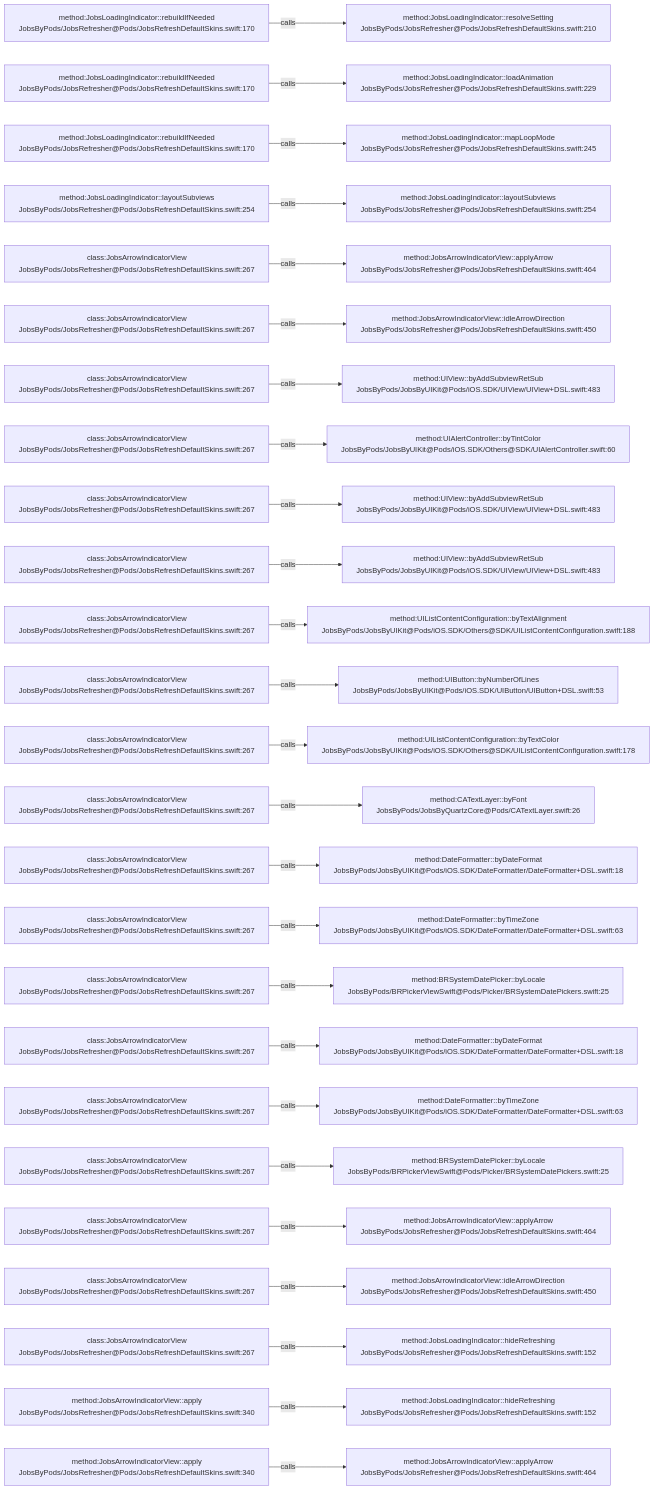
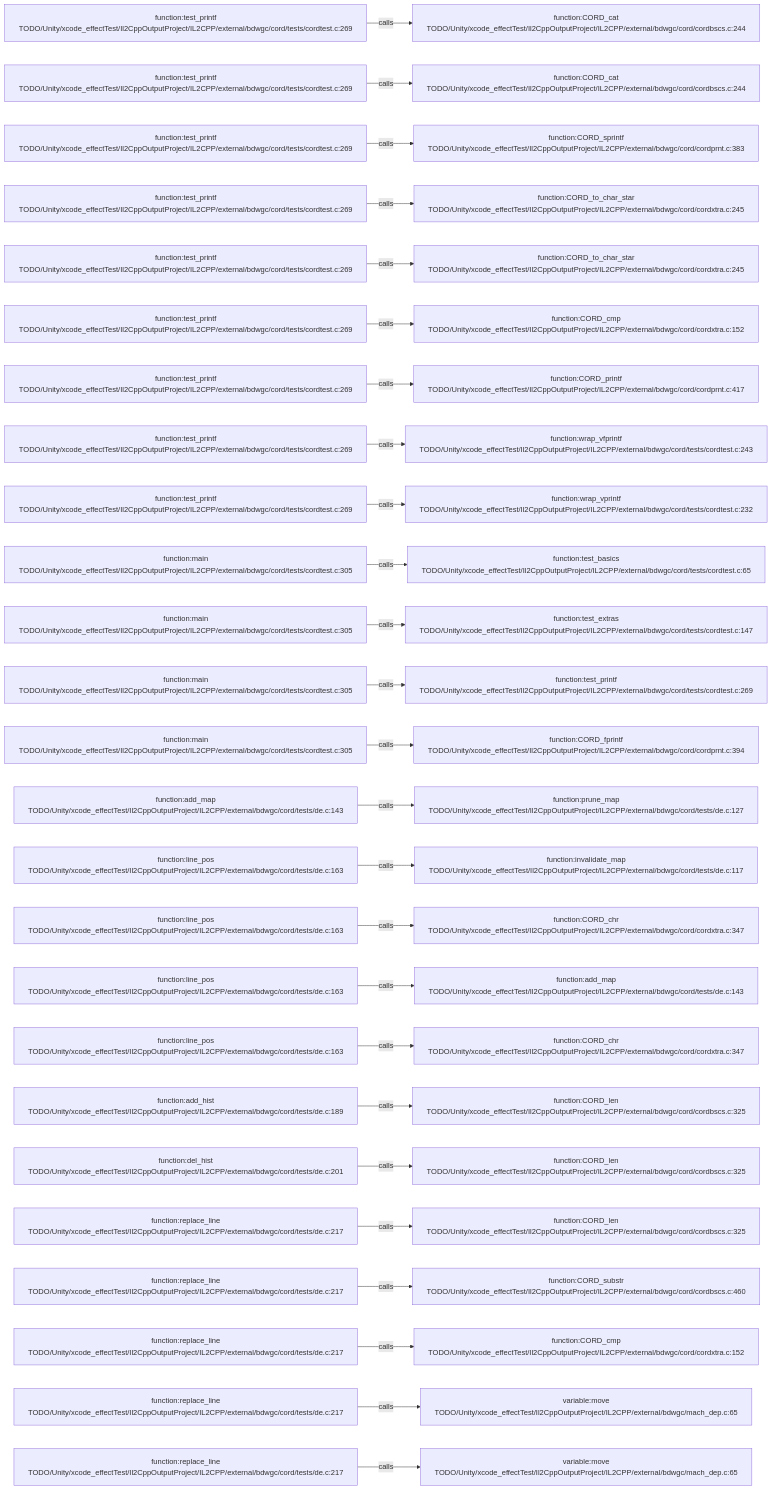
One commit to JobsKits/JobsSwiftBaseConfigDemo changed the diagram in .codegraph/codegraph.md/graphs/calls-159.md. Above: the diagram before and after it, drawn with Mermaid. The commit also changed 569 other files, not shown here.

````diff
--- a/.codegraph/codegraph.md/graphs/calls-159.md
+++ b/.codegraph/codegraph.md/graphs/calls-159.md
@@ -13,78 +13,78 @@
 ```mermaid
 flowchart LR
-  S1["method:JobsLoadingIndicator::rebuildIfNeeded<br/>JobsByPods/JobsRefresher@Pods/JobsRefreshDefaultSkins.swift:170"]
-  T1["method:JobsLoadingIndicator::resolveSetting<br/>JobsByPods/JobsRefresher@Pods/JobsRefreshDefaultSkins.swift:210"]
+  S1["function:test_printf<br/>TODO/Unity/xcode_effectTest/Il2CppOutputProject/IL2CPP/external/bdwgc/cord/tests/cordtest.c:269"]
+  T1["function:CORD_cat<br/>TODO/Unity/xcode_effectTest/Il2CppOutputProject/IL2CPP/external/bdwgc/cord/cordbscs.c:244"]
   S1 -->|calls| T1
-  S2["method:JobsLoadingIndicator::rebuildIfNeeded<br/>JobsByPods/JobsRefresher@Pods/JobsRefreshDefaultSkins.swift:170"]
-  T2["method:JobsLoadingIndicator::loadAnimation<br/>JobsByPods/JobsRefresher@Pods/JobsRefreshDefaultSkins.swift:229"]
+  S2["function:test_printf<br/>TODO/Unity/xcode_effectTest/Il2CppOutputProject/IL2CPP/external/bdwgc/cord/tests/cordtest.c:269"]
+  T2["function:CORD_cat<br/>TODO/Unity/xcode_effectTest/Il2CppOutputProject/IL2CPP/external/bdwgc/cord/cordbscs.c:244"]
   S2 -->|calls| T2
-  S3["method:JobsLoadingIndicator::rebuildIfNeeded<br/>JobsByPods/JobsRefresher@Pods/JobsRefreshDefaultSkins.swift:170"]
-  T3["method:JobsLoadingIndicator::mapLoopMode<br/>JobsByPods/JobsRefresher@Pods/JobsRefreshDefaultSkins.swift:245"]
+  S3["function:test_printf<br/>TODO/Unity/xcode_effectTest/Il2CppOutputProject/IL2CPP/external/bdwgc/cord/tests/cordtest.c:269"]
+  T3["function:CORD_sprintf<br/>TODO/Unity/xcode_effectTest/Il2CppOutputProject/IL2CPP/external/bdwgc/cord/cordprnt.c:383"]
   S3 -->|calls| T3
-  S4["method:JobsLoadingIndicator::layoutSubviews<br/>JobsByPods/JobsRefresher@Pods/JobsRefreshDefaultSkins.swift:254"]
-  T4["method:JobsLoadingIndicator::layoutSubviews<br/>JobsByPods/JobsRefresher@Pods/JobsRefreshDefaultSkins.swift:254"]
+  S4["function:test_printf<br/>TODO/Unity/xcode_effectTest/Il2CppOutputProject/IL2CPP/external/bdwgc/cord/tests/cordtest.c:269"]
+  T4["function:CORD_to_char_star<br/>TODO/Unity/xcode_effectTest/Il2CppOutputProject/IL2CPP/external/bdwgc/cord/cordxtra.c:245"]
   S4 -->|calls| T4
-  S5["class:JobsArrowIndicatorView<br/>JobsByPods/JobsRefresher@Pods/JobsRefreshDefaultSkins.swift:267"]
-  T5["method:JobsArrowIndicatorView::applyArrow<br/>JobsByPods/JobsRefresher@Pods/JobsRefreshDefaultSkins.swift:464"]
+  S5["function:test_printf<br/>TODO/Unity/xcode_effectTest/Il2CppOutputProject/IL2CPP/external/bdwgc/cord/tests/cordtest.c:269"]
+  T5["function:CORD_to_char_star<br/>TODO/Unity/xcode_effectTest/Il2CppOutputProject/IL2CPP/external/bdwgc/cord/cordxtra.c:245"]
   S5 -->|calls| T5
-  S6["class:JobsArrowIndicatorView<br/>JobsByPods/JobsRefresher@Pods/JobsRefreshDefaultSkins.swift:267"]
-  T6["method:JobsArrowIndicatorView::idleArrowDirection<br/>JobsByPods/JobsRefresher@Pods/JobsRefreshDefaultSkins.swift:450"]
+  S6["function:test_printf<br/>TODO/Unity/xcode_effectTest/Il2CppOutputProject/IL2CPP/external/bdwgc/cord/tests/cordtest.c:269"]
+  T6["function:CORD_cmp<br/>TODO/Unity/xcode_effectTest/Il2CppOutputProject/IL2CPP/external/bdwgc/cord/cordxtra.c:152"]
   S6 -->|calls| T6
-  S7["class:JobsArrowIndicatorView<br/>JobsByPods/JobsRefresher@Pods/JobsRefreshDefaultSkins.swift:267"]
-  T7["method:UIView::byAddSubviewRetSub<br/>JobsByPods/JobsByUIKit@Pods/iOS.SDK/UIView/UIView+DSL.swift:483"]
+  S7["function:test_printf<br/>TODO/Unity/xcode_effectTest/Il2CppOutputProject/IL2CPP/external/bdwgc/cord/tests/cordtest.c:269"]
+  T7["function:CORD_printf<br/>TODO/Unity/xcode_effectTest/Il2CppOutputProject/IL2CPP/external/bdwgc/cord/cordprnt.c:417"]
   S7 -->|calls| T7
-  S8["class:JobsArrowIndicatorView<br/>JobsByPods/JobsRefresher@Pods/JobsRefreshDefaultSkins.swift:267"]
-  T8["method:UIAlertController::byTintColor<br/>JobsByPods/JobsByUIKit@Pods/iOS.SDK/Others@SDK/UIAlertController.swift:60"]
+  S8["function:test_printf<br/>TODO/Unity/xcode_effectTest/Il2CppOutputProject/IL2CPP/external/bdwgc/cord/tests/cordtest.c:269"]
+  T8["function:wrap_vfprintf<br/>TODO/Unity/xcode_effectTest/Il2CppOutputProject/IL2CPP/external/bdwgc/cord/tests/cordtest.c:243"]
   S8 -->|calls| T8
-  S9["class:JobsArrowIndicatorView<br/>JobsByPods/JobsRefresher@Pods/JobsRefreshDefaultSkins.swift:267"]
-  T9["method:UIView::byAddSubviewRetSub<br/>JobsByPods/JobsByUIKit@Pods/iOS.SDK/UIView/UIView+DSL.swift:483"]
+  S9["function:test_printf<br/>TODO/Unity/xcode_effectTest/Il2CppOutputProject/IL2CPP/external/bdwgc/cord/tests/cordtest.c:269"]
+  T9["function:wrap_vprintf<br/>TODO/Unity/xcode_effectTest/Il2CppOutputProject/IL2CPP/external/bdwgc/cord/tests/cordtest.c:232"]
   S9 -->|calls| T9
-  S10["class:JobsArrowIndicatorView<br/>JobsByPods/JobsRefresher@Pods/JobsRefreshDefaultSkins.swift:267"]
-  T10["method:UIView::byAddSubviewRetSub<br/>JobsByPods/JobsByUIKit@Pods/iOS.SDK/UIView/UIView+DSL.swift:483"]
+  S10["function:main<br/>TODO/Unity/xcode_effectTest/Il2CppOutputProject/IL2CPP/external/bdwgc/cord/tests/cordtest.c:305"]
+  T10["function:test_basics<br/>TODO/Unity/xcode_effectTest/Il2CppOutputProject/IL2CPP/external/bdwgc/cord/tests/cordtest.c:65"]
   S10 -->|calls| T10
-  S11["class:JobsArrowIndicatorView<br/>JobsByPods/JobsRefresher@Pods/JobsRefreshDefaultSkins.swift:267"]
-  T11["method:UIListContentConfiguration::byTextAlignment<br/>JobsByPods/JobsByUIKit@Pods/iOS.SDK/Others@SDK/UIListContentConfiguration.swift:188"]
+  S11["function:main<br/>TODO/Unity/xcode_effectTest/Il2CppOutputProject/IL2CPP/external/bdwgc/cord/tests/cordtest.c:305"]
+  T11["function:test_extras<br/>TODO/Unity/xcode_effectTest/Il2CppOutputProject/IL2CPP/external/bdwgc/cord/tests/cordtest.c:147"]
   S11 -->|calls| T11
-  S12["class:JobsArrowIndicatorView<br/>JobsByPods/JobsRefresher@Pods/JobsRefreshDefaultSkins.swift:267"]
-  T12["method:UIButton::byNumberOfLines<br/>JobsByPods/JobsByUIKit@Pods/iOS.SDK/UIButton/UIButton+DSL.swift:53"]
+  S12["function:main<br/>TODO/Unity/xcode_effectTest/Il2CppOutputProject/IL2CPP/external/bdwgc/cord/tests/cordtest.c:305"]
+  T12["function:test_printf<br/>TODO/Unity/xcode_effectTest/Il2CppOutputProject/IL2CPP/external/bdwgc/cord/tests/cordtest.c:269"]
   S12 -->|calls| T12
-  S13["class:JobsArrowIndicatorView<br/>JobsByPods/JobsRefresher@Pods/JobsRefreshDefaultSkins.swift:267"]
-  T13["method:UIListContentConfiguration::byTextColor<br/>JobsByPods/JobsByUIKit@Pods/iOS.SDK/Others@SDK/UIListContentConfiguration.swift:178"]
+  S13["function:main<br/>TODO/Unity/xcode_effectTest/Il2CppOutputProject/IL2CPP/external/bdwgc/cord/tests/cordtest.c:305"]
+  T13["function:CORD_fprintf<br/>TODO/Unity/xcode_effectTest/Il2CppOutputProject/IL2CPP/external/bdwgc/cord/cordprnt.c:394"]
   S13 -->|calls| T13
-  S14["class:JobsArrowIndicatorView<br/>JobsByPods/JobsRefresher@Pods/JobsRefreshDefaultSkins.swift:267"]
-  T14["method:CATextLayer::byFont<br/>JobsByPods/JobsByQuartzCore@Pods/CATextLayer.swift:26"]
+  S14["function:add_map<br/>TODO/Unity/xcode_effectTest/Il2CppOutputProject/IL2CPP/external/bdwgc/cord/tests/de.c:143"]
+  T14["function:prune_map<br/>TODO/Unity/xcode_effectTest/Il2CppOutputProject/IL2CPP/external/bdwgc/cord/tests/de.c:127"]
   S14 -->|calls| T14
-  S15["class:JobsArrowIndicatorView<br/>JobsByPods/JobsRefresher@Pods/JobsRefreshDefaultSkins.swift:267"]
-  T15["method:DateFormatter::byDateFormat<br/>JobsByPods/JobsByUIKit@Pods/iOS.SDK/DateFormatter/DateFormatter+DSL.swift:18"]
+  S15["function:line_pos<br/>TODO/Unity/xcode_effectTest/Il2CppOutputProject/IL2CPP/external/bdwgc/cord/tests/de.c:163"]
+  T15["function:invalidate_map<br/>TODO/Unity/xcode_effectTest/Il2CppOutputProject/IL2CPP/external/bdwgc/cord/tests/de.c:117"]
   S15 -->|calls| T15
-  S16["class:JobsArrowIndicatorView<br/>JobsByPods/JobsRefresher@Pods/JobsRefreshDefaultSkins.swift:267"]
-  T16["method:DateFormatter::byTimeZone<br/>JobsByPods/JobsByUIKit@Pods/iOS.SDK/DateFormatter/DateFormatter+DSL.swift:63"]
+  S16["function:line_pos<br/>TODO/Unity/xcode_effectTest/Il2CppOutputProject/IL2CPP/external/bdwgc/cord/tests/de.c:163"]
+  T16["function:CORD_chr<br/>TODO/Unity/xcode_effectTest/Il2CppOutputProject/IL2CPP/external/bdwgc/cord/cordxtra.c:347"]
   S16 -->|calls| T16
-  S17["class:JobsArrowIndicatorView<br/>JobsByPods/JobsRefresher@Pods/JobsRefreshDefaultSkins.swift:267"]
-  T17["method:BRSystemDatePicker::byLocale<br/>JobsByPods/BRPickerViewSwift@Pods/Picker/BRSystemDatePickers.swift:25"]
+  S17["function:line_pos<br/>TODO/Unity/xcode_effectTest/Il2CppOutputProject/IL2CPP/external/bdwgc/cord/tests/de.c:163"]
+  T17["function:add_map<br/>TODO/Unity/xcode_effectTest/Il2CppOutputProject/IL2CPP/external/bdwgc/cord/tests/de.c:143"]
   S17 -->|calls| T17
-  S18["class:JobsArrowIndicatorView<br/>JobsByPods/JobsRefresher@Pods/JobsRefreshDefaultSkins.swift:267"]
-  T18["method:DateFormatter::byDateFormat<br/>JobsByPods/JobsByUIKit@Pods/iOS.SDK/DateFormatter/DateFormatter+DSL.swift:18"]
+  S18["function:line_pos<br/>TODO/Unity/xcode_effectTest/Il2CppOutputProject/IL2CPP/external/bdwgc/cord/tests/de.c:163"]
+  T18["function:CORD_chr<br/>TODO/Unity/xcode_effectTest/Il2CppOutputProject/IL2CPP/external/bdwgc/cord/cordxtra.c:347"]
   S18 -->|calls| T18
-  S19["class:JobsArrowIndicatorView<br/>JobsByPods/JobsRefresher@Pods/JobsRefreshDefaultSkins.swift:267"]
-  T19["method:DateFormatter::byTimeZone<br/>JobsByPods/JobsByUIKit@Pods/iOS.SDK/DateFormatter/DateFormatter+DSL.swift:63"]
+  S19["function:add_hist<br/>TODO/Unity/xcode_effectTest/Il2CppOutputProject/IL2CPP/external/bdwgc/cord/tests/de.c:189"]
+  T19["function:CORD_len<br/>TODO/Unity/xcode_effectTest/Il2CppOutputProject/IL2CPP/external/bdwgc/cord/cordbscs.c:325"]
   S19 -->|calls| T19
-  S20["class:JobsArrowIndicatorView<br/>JobsByPods/JobsRefresher@Pods/JobsRefreshDefaultSkins.swift:267"]
-  T20["method:BRSystemDatePicker::byLocale<br/>JobsByPods/BRPickerViewSwift@Pods/Picker/BRSystemDatePickers.swift:25"]
+  S20["function:del_hist<br/>TODO/Unity/xcode_effectTest/Il2CppOutputProject/IL2CPP/external/bdwgc/cord/tests/de.c:201"]
+  T20["function:CORD_len<br/>TODO/Unity/xcode_effectTest/Il2CppOutputProject/IL2CPP/external/bdwgc/cord/cordbscs.c:325"]
   S20 -->|calls| T20
-  S21["class:JobsArrowIndicatorView<br/>JobsByPods/JobsRefresher@Pods/JobsRefreshDefaultSkins.swift:267"]
-  T21["method:JobsArrowIndicatorView::applyArrow<br/>JobsByPods/JobsRefresher@Pods/JobsRefreshDefaultSkins.swift:464"]
+  S21["function:replace_line<br/>TODO/Unity/xcode_effectTest/Il2CppOutputProject/IL2CPP/external/bdwgc/cord/tests/de.c:217"]
+  T21["function:CORD_len<br/>TODO/Unity/xcode_effectTest/Il2CppOutputProject/IL2CPP/external/bdwgc/cord/cordbscs.c:325"]
   S21 -->|calls| T21
-  S22["class:JobsArrowIndicatorView<br/>JobsByPods/JobsRefresher@Pods/JobsRefreshDefaultSkins.swift:267"]
-  T22["method:JobsArrowIndicatorView::idleArrowDirection<br/>JobsByPods/JobsRefresher@Pods/JobsRefreshDefaultSkins.swift:450"]
+  S22["function:replace_line<br/>TODO/Unity/xcode_effectTest/Il2CppOutputProject/IL2CPP/external/bdwgc/cord/tests/de.c:217"]
+  T22["function:CORD_substr<br/>TODO/Unity/xcode_effectTest/Il2CppOutputProject/IL2CPP/external/bdwgc/cord/cordbscs.c:460"]
   S22 -->|calls| T22
-  S23["class:JobsArrowIndicatorView<br/>JobsByPods/JobsRefresher@Pods/JobsRefreshDefaultSkins.swift:267"]
-  T23["method:JobsLoadingIndicator::hideRefreshing<br/>JobsByPods/JobsRefresher@Pods/JobsRefreshDefaultSkins.swift:152"]
+  S23["function:replace_line<br/>TODO/Unity/xcode_effectTest/Il2CppOutputProject/IL2CPP/external/bdwgc/cord/tests/de.c:217"]
+  T23["function:CORD_cmp<br/>TODO/Unity/xcode_effectTest/Il2CppOutputProject/IL2CPP/external/bdwgc/cord/cordxtra.c:152"]
   S23 -->|calls| T23
-  S24["method:JobsArrowIndicatorView::apply<br/>JobsByPods/JobsRefresher@Pods/JobsRefreshDefaultSkins.swift:340"]
-  T24["method:JobsLoadingIndicator::hideRefreshing<br/>JobsByPods/JobsRefresher@Pods/JobsRefreshDefaultSkins.swift:152"]
+  S24["function:replace_line<br/>TODO/Unity/xcode_effectTest/Il2CppOutputProject/IL2CPP/external/bdwgc/cord/tests/de.c:217"]
+  T24["variable:move<br/>TODO/Unity/xcode_effectTest/Il2CppOutputProject/IL2CPP/external/bdwgc/mach_dep.c:65"]
   S24 -->|calls| T24
-  S25["method:JobsArrowIndicatorView::apply<br/>JobsByPods/JobsRefresher@Pods/JobsRefreshDefaultSkins.swift:340"]
-  T25["method:JobsArrowIndicatorView::applyArrow<br/>JobsByPods/JobsRefresher@Pods/JobsRefreshDefaultSkins.swift:464"]
+  S25["function:replace_line<br/>TODO/Unity/xcode_effectTest/Il2CppOutputProject/IL2CPP/external/bdwgc/cord/tests/de.c:217"]
+  T25["variable:move<br/>TODO/Unity/xcode_effectTest/Il2CppOutputProject/IL2CPP/external/bdwgc/mach_dep.c:65"]
   S25 -->|calls| T25
 ```
````
